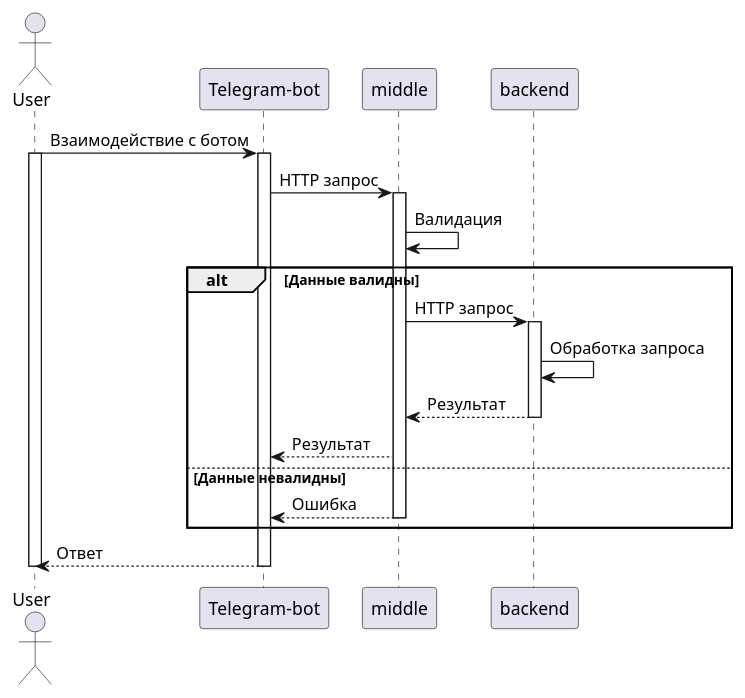
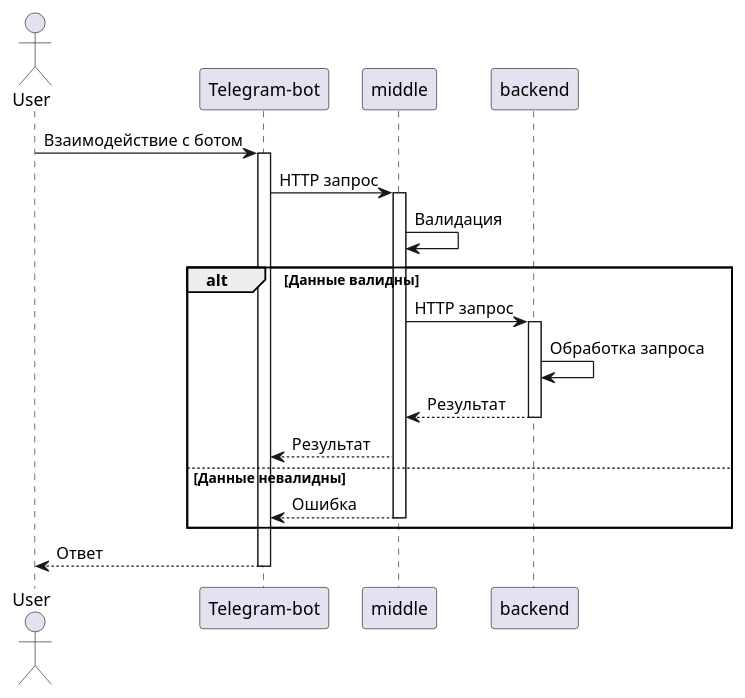
One commit to gpb-it-factory/vetrov-telegram-bot changed the diagram in README.md. Above: the diagram before and after it, drawn with PlantUML.

Commit message:
Удалил "activate user", т.к. не имеет смысловой нагрузки.

````diff
--- a/README.md
+++ b/README.md
@@ -13,33 +13,32 @@
 ```plantuml
 @startuml
 
 actor User as user
 participant "Telegram-bot" as frontend
 participant "middle" as middle
 participant "backend" as backend
 
 user -> frontend : Взаимодействие с ботом
-activate user
 activate frontend
 
 frontend -> middle : HTTP запрос
 activate middle
     middle -> middle : Валидация
 alt Данные валидны
     middle -> backend : HTTP запрос
 
     activate backend
     backend -> backend : Обработка запроса 
     backend --> middle : Результат
     deactivate backend
     
     middle --> frontend : Результат
 else Данные невалидны
     middle --> frontend : Ошибка
     deactivate middle
 end
     frontend --> user: Ответ
 deactivate frontend
 deactivate user
 @enduml
 ```
````
